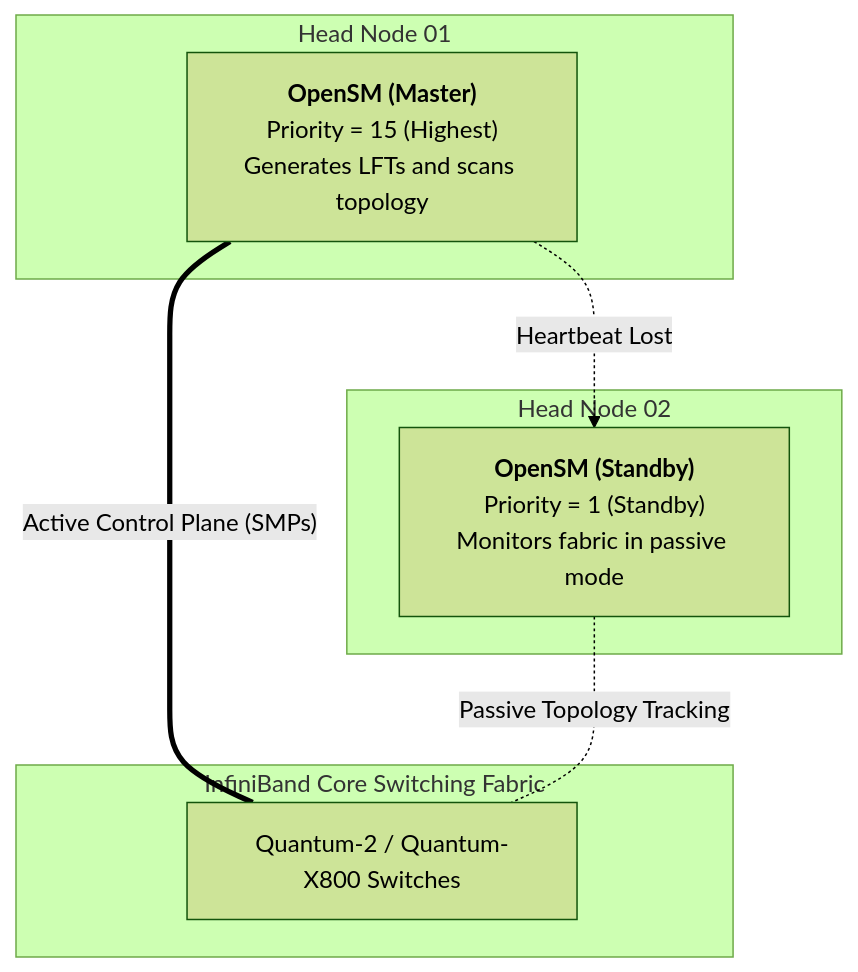
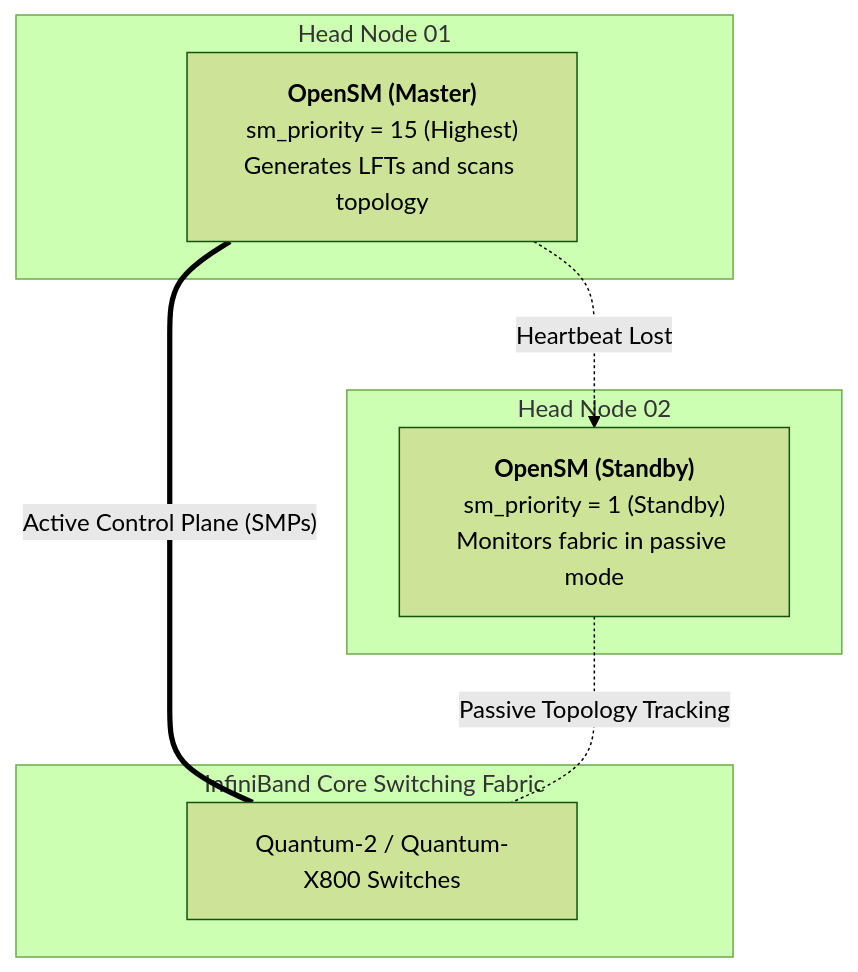
One commit to ifnodoraemon/ifnodoraemon.github.io changed the first of 4 diagrams in content/en/articles/infiniband-production-deployment-opensm-ofed-nccl-tuning.en.md. Above: the diagram before and after it, drawn with Mermaid (forest theme). The commit also changed other lines of this file and 171 other files, not shown here.

````diff
--- a/content/en/articles/infiniband-production-deployment-opensm-ofed-nccl-tuning.en.md
+++ b/content/en/articles/infiniband-production-deployment-opensm-ofed-nccl-tuning.en.md
@@ -98,18 +98,18 @@
 ```mermaid
 flowchart TD
     subgraph Fabric["InfiniBand Core Switching Fabric"]
         SwitchFabric["Quantum-2 / Quantum-X800 Switches"]
     end
 
     subgraph Head01["Head Node 01"]
-        SM1["<b>OpenSM (Master)</b><br/>Priority = 15 (Highest)<br/>Generates LFTs and scans topology"]
+        SM1["<b>OpenSM (Master)</b><br/>sm_priority = 15 (Highest)<br/>Generates LFTs and scans topology"]
     end
 
     subgraph Head02["Head Node 02"]
-        SM2["<b>OpenSM (Standby)</b><br/>Priority = 1 (Standby)<br/>Monitors fabric in passive mode"]
+        SM2["<b>OpenSM (Standby)</b><br/>sm_priority = 1 (Standby)<br/>Monitors fabric in passive mode"]
     end
 
     SM1 ===|"Active Control Plane (SMPs)"| SwitchFabric
     SM2 -.-|"Passive Topology Tracking"| SwitchFabric
     SM1 -. Heartbeat Lost .-> SM2
 ```
````
